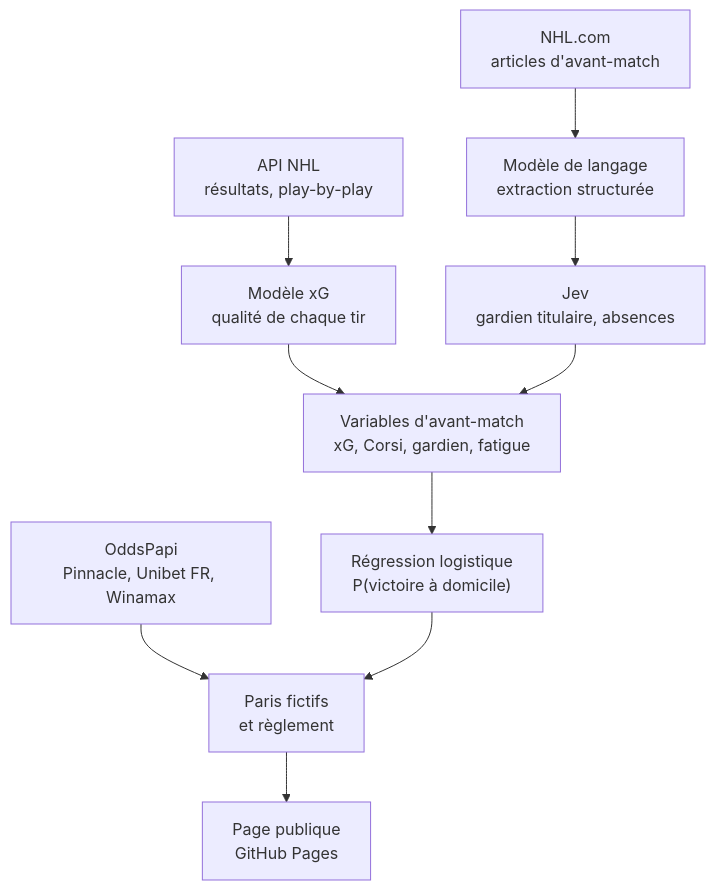
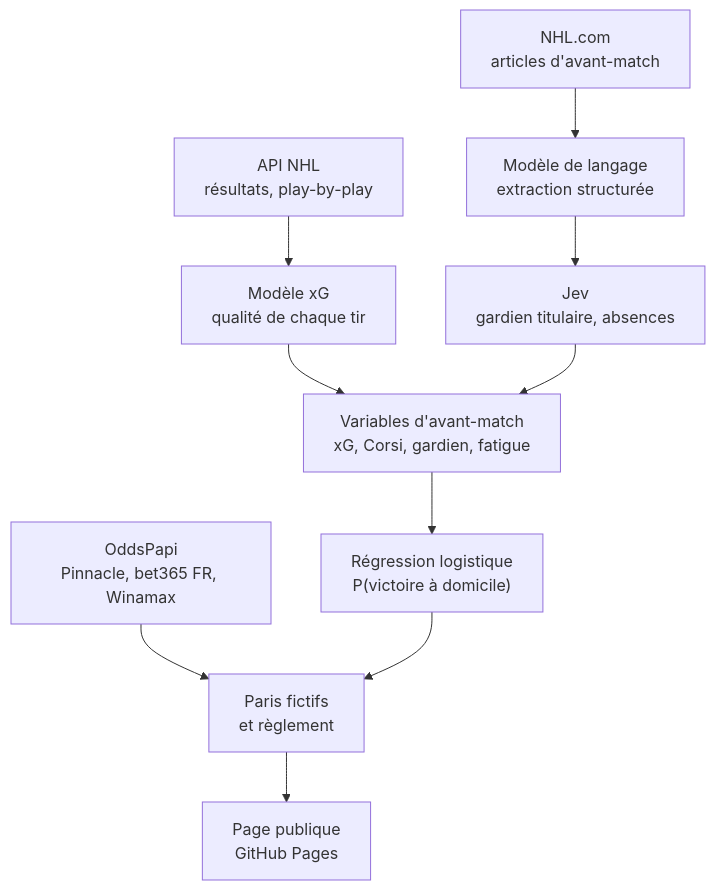
Before and after one commit to CR0ZER/NHL-Predictor: the diagram in README.md, drawn with Mermaid. The commit also changed other lines of this file and 3 other files, not shown here.

First line of the commit message:
Paris : bet365 remplace Unibet, stratégies Unibet closes au 25 octobre

````diff
--- a/README.md
+++ b/README.md
@@ -37,12 +37,12 @@
 ```mermaid
 flowchart TD
     A["API NHL<br/>résultats, play-by-play"] --> B["Modèle xG<br/>qualité de chaque tir"]
     B --> C["Variables d'avant-match<br/>xG, Corsi, gardien, fatigue"]
     D["NHL.com<br/>articles d'avant-match"] --> E["Modèle de langage<br/>extraction structurée"]
     E --> F["Jev<br/>gardien titulaire, absences"]
     F --> C
     C --> G["Régression logistique<br/>P(victoire à domicile)"]
-    H["OddsPapi<br/>Pinnacle, Unibet FR, Winamax"] --> I["Paris fictifs<br/>et règlement"]
+    H["OddsPapi<br/>Pinnacle, bet365 FR, Winamax"] --> I["Paris fictifs<br/>et règlement"]
     G --> I
     I --> J["Page publique<br/>GitHub Pages"]
 ```
````
